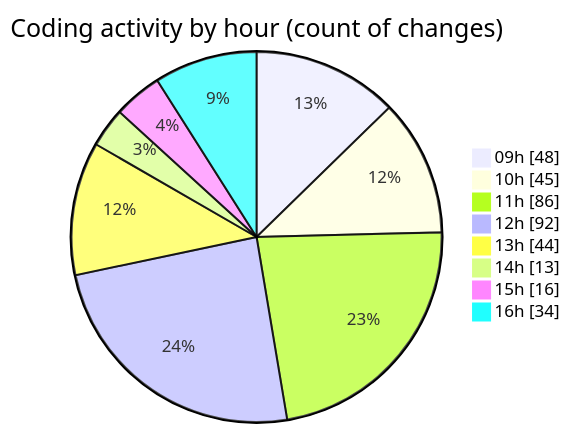
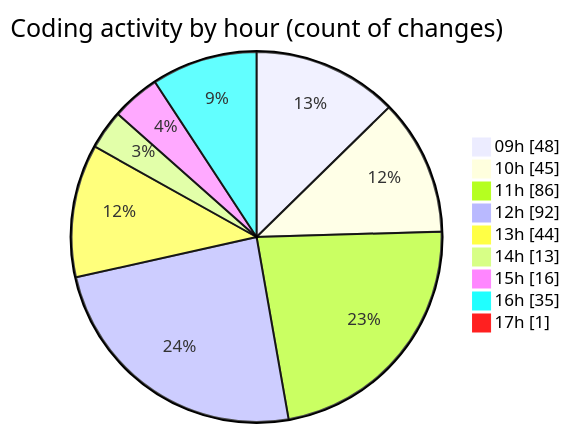
One commit to momahboobian/code-tracking changed the second of 2 diagrams in 2025-03-14/cda/README.md. Above: the diagram before and after it, drawn with Mermaid. The commit also changed other lines of this file and 1 other file, not shown here.

````diff
--- a/2025-03-14/cda/README.md
+++ b/2025-03-14/cda/README.md
@@ -47,12 +47,13 @@
 ```mermaid
 pie showData
 title Coding activity by hour (count of changes)
 "09h" : 48
 "10h" : 45
 "11h" : 86
 "12h" : 92
 "13h" : 44
 "14h" : 13
 "15h" : 16
-"16h" : 34
+"16h" : 35
+"17h" : 1
 ```
````
